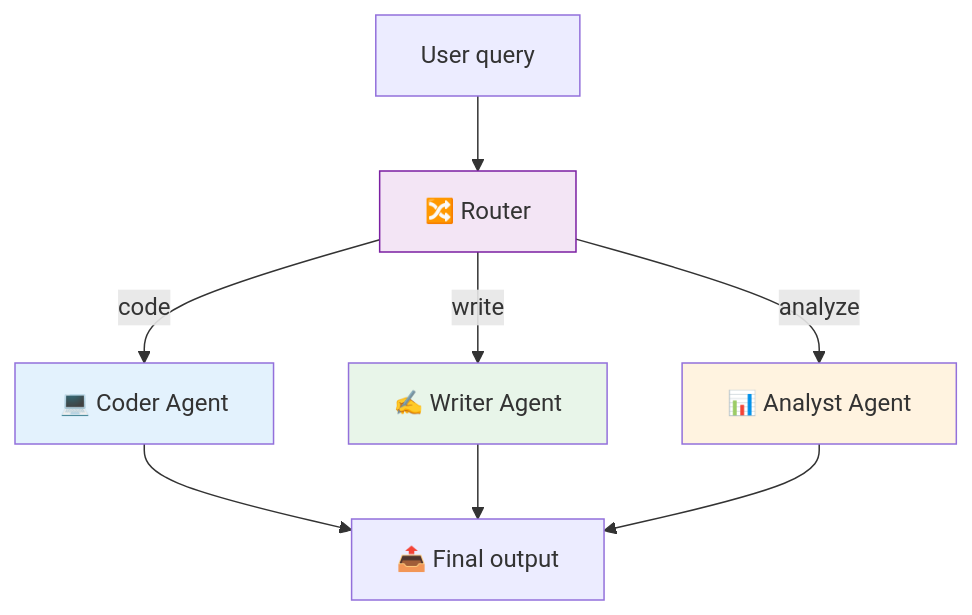
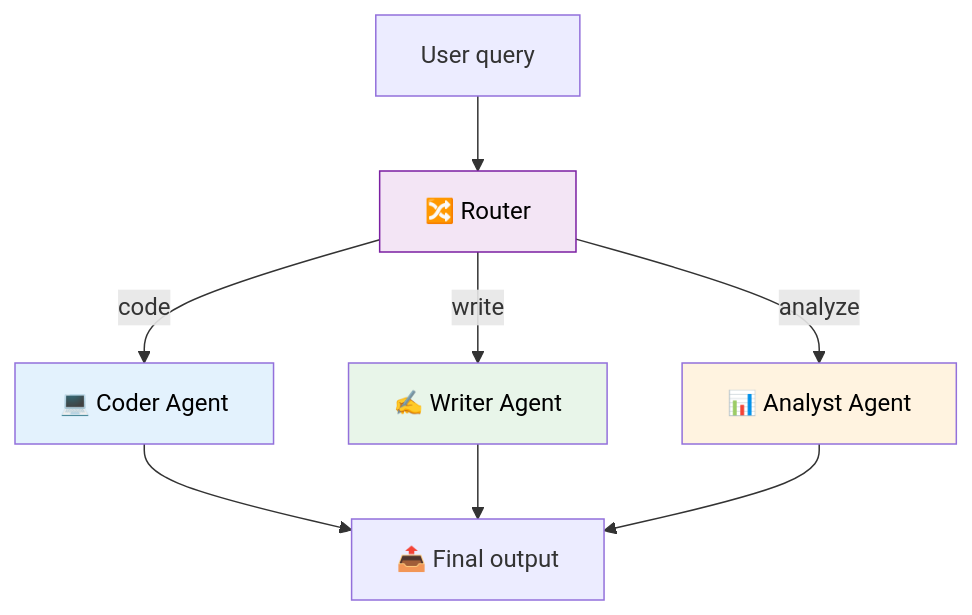
One commit to remolaan/Agentic-AI-Cookbook changed the diagram in 38_agent_router_team_project/README.md. Above: the diagram before and after it, drawn with Mermaid. The commit also changed 45 other files, not shown here.

Commit message:
Fix Mermaid diagram text colors for readability across all READMEs

````diff
--- a/38_agent_router_team_project/README.md
+++ b/38_agent_router_team_project/README.md
@@ -5,14 +5,14 @@
 ```mermaid
 flowchart TD
     Q["User query"] --> R["🔀 Router"]
     R -->|"code"| C["💻 Coder Agent"]
     R -->|"write"| W["✍️ Writer Agent"]
     R -->|"analyze"| A["📊 Analyst Agent"]
     C --> O["📤 Final output"]
     W --> O
     A --> O
-    style R fill:#f3e5f5,stroke:#7b1fa2
-    style C fill:#e3f2fd
-    style W fill:#e8f5e9
-    style A fill:#fff3e0
+    style R fill:#f3e5f5,stroke:#7b1fa2,color:#000000
+    style C fill:#e3f2fd,color:#000000
+    style W fill:#e8f5e9,color:#000000
+    style A fill:#fff3e0,color:#000000
 ```
````
